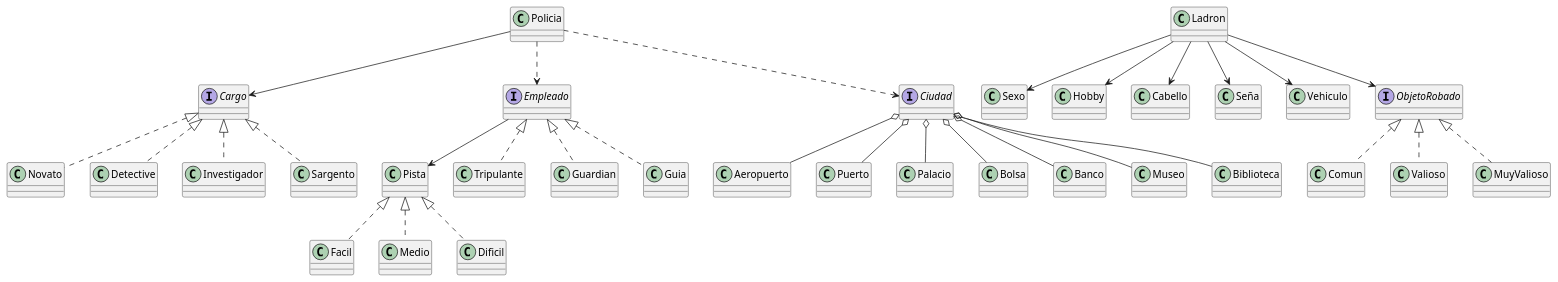
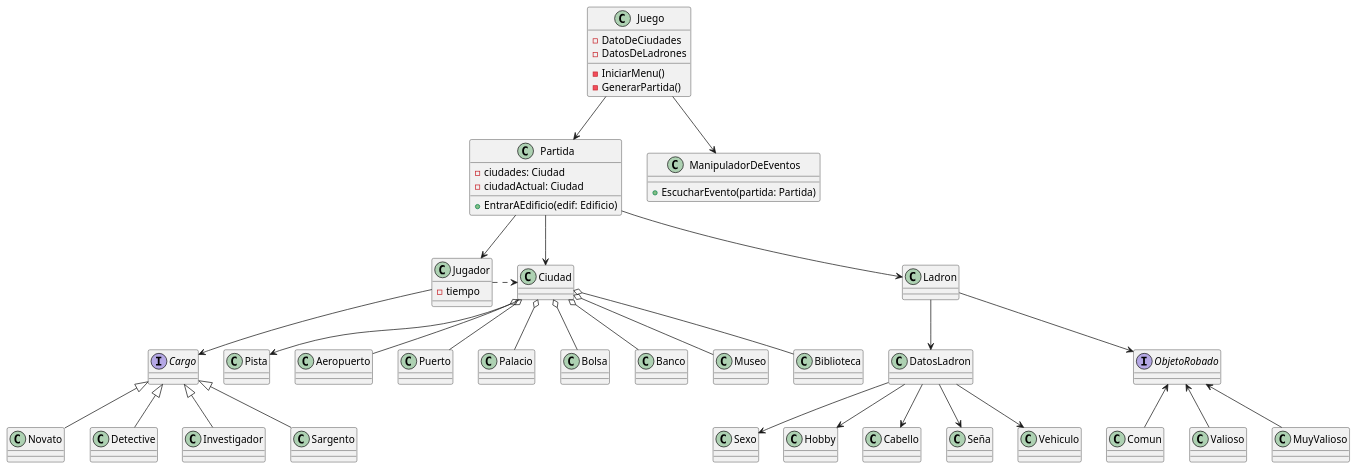
Before and after one commit to arilow/Algo3_TP2: the diagram in diagrams/classes/AlgoThief_Diagrama_Clase_UML.puml, drawn with PlantUML. The commit also changed 1 other file, not shown here.

Commit message:
Se agrega diagrama de secuencia: Detective visita banco por primera vez. Diagrama de clases en progreso

```diff
--- a/diagrams/classes/AlgoThief_Diagrama_Clase_UML.puml
+++ b/diagrams/classes/AlgoThief_Diagrama_Clase_UML.puml
@@ -1,80 +1,95 @@
 @startuml algoThief
-class Policia{}
+class Juego {
+- DatoDeCiudades
+- DatosDeLadrones
+
+- IniciarMenu()
+- GenerarPartida()
+
+}
+
+class Partida {
+' - jugador: Jugador
+' - ladron: Ladron
+- ciudades: Ciudad
+- ciudadActual: Ciudad
+
++ EntrarAEdificio(edif: Edificio)
+}
+
+
+class ManipuladorDeEventos {
++ EscucharEvento(partida: Partida)
+}
+
+class Jugador {
+    - tiempo
+}
+
 interface Pista{}
-
-class Facil{}
-class Medio{}
-class Dificil{}
-
 
 interface Cargo{}
 class Novato{}
 class Detective{}
 class Investigador{}
 class Sargento{}
 
-
-interface Empleado{}
-class Tripulante{}
-class Guardian{}
-class Guia{}
-interface Ciudad{
-}
 
 class Pista{
 }
 
 class Aeropuerto{}
 class Puerto{}
 class Palacio{}
 class Bolsa{}
 class Banco{}
 class Museo{}
 
-Policia --> Cargo
-class Novato implements Cargo
-class Detective implements Cargo
-class Investigador implements Cargo
-class Sargento  implements Cargo
+Jugador --> Cargo
 
-class Tripulante implements Empleado
-class Guardian implements Empleado
-class Guia implements Empleado
+Cargo <|-- Novato
+Cargo <|-- Detective
+Cargo <|-- Investigador
+Cargo <|-- Sargento
 
 Ciudad o-- Aeropuerto
 Ciudad o-- Puerto
 Ciudad o-- Biblioteca
 Ciudad o-- Palacio
 Ciudad o-- Bolsa
 Ciudad o-- Banco
 Ciudad o-- Museo
 
 
 class Ladron{}
+class DatosLadron{}
 class Sexo{}
 
-
-Ladron --> Sexo
-Ladron --> Hobby
-Ladron --> Cabello
-Ladron --> Seña
-Ladron --> Vehiculo
+Ladron --> DatosLadron
+DatosLadron --> Sexo
+DatosLadron --> Hobby
+DatosLadron --> Cabello
+DatosLadron --> Seña
+DatosLadron --> Vehiculo
 
 interface ObjetoRobado{}
 class Comun{}
 class Valioso{}
 class MuyValioso{}
-class Comun implements ObjetoRobado
-class Valioso implements ObjetoRobado
-class MuyValioso implements ObjetoRobado
 
-class Medio implements Pista
-class Facil implements Pista
-class Dificil implements Pista
+ObjetoRobado <-- Comun
+ObjetoRobado <-- Valioso
+ObjetoRobado <-- MuyValioso
 
-Empleado-->Pista
-Policia ..>Ciudad
-Policia ..>Empleado
+Juego --> Partida
+Juego --> ManipuladorDeEventos
+
+Partida --> Jugador
+Partida --> Ladron
+Partida --> Ciudad
+Ciudad -->Pista
+
+Jugador .>Ciudad
 Ladron --> ObjetoRobado
 
 @enduml
```
